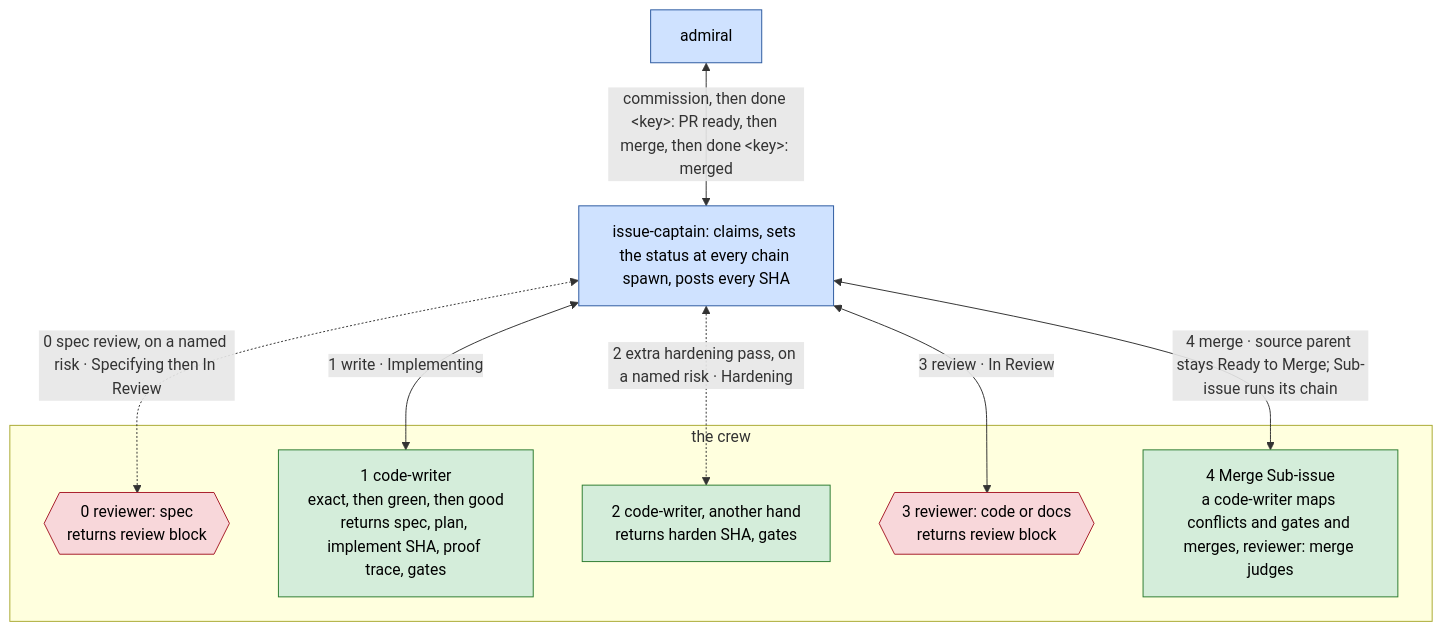
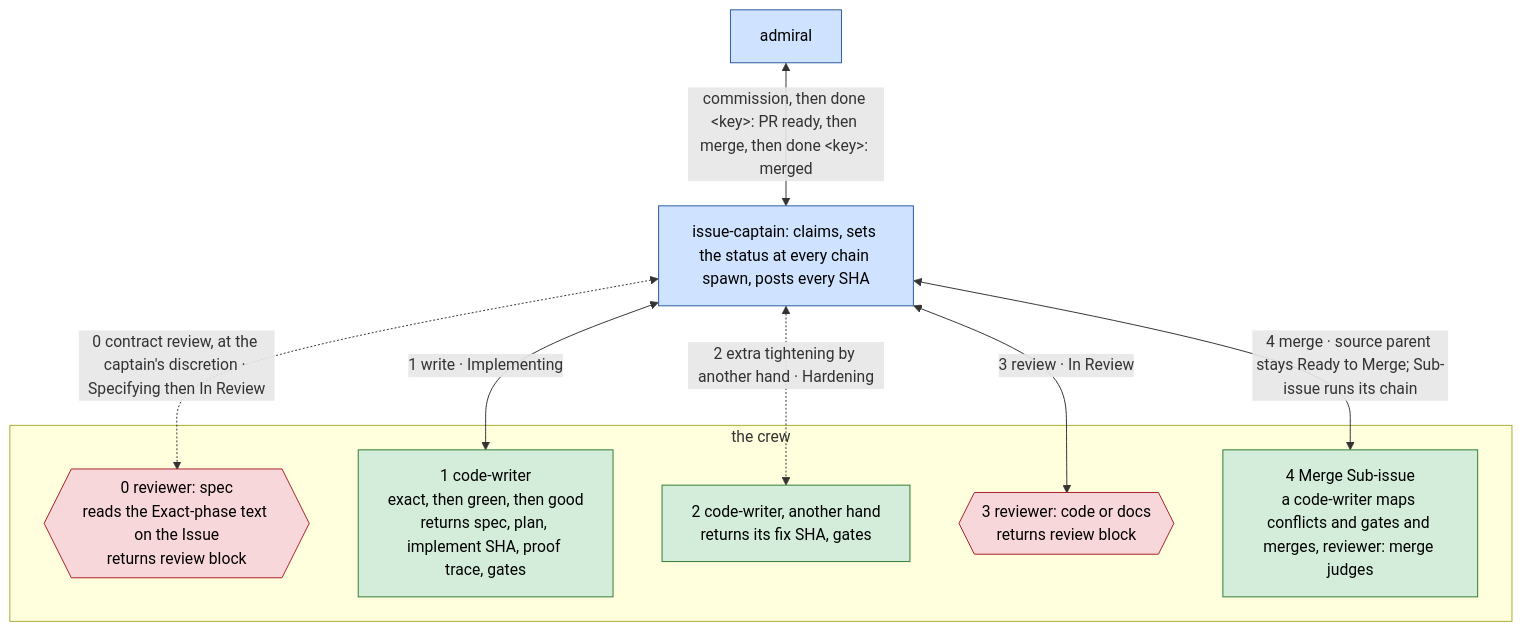
Before and after one commit to bodnarbalazs/dydo: the second of 12 diagrams in dydo/understand/control-flow.md, drawn with Mermaid. The commit also changed other lines of this file and 13 other files, not shown here.

````diff
--- a/dydo/understand/control-flow.md
+++ b/dydo/understand/control-flow.md
@@ -136,20 +136,20 @@
 ```mermaid
 flowchart TD
   classDef hat fill:#cfe2ff,stroke:#2c5aa0,color:#000
   classDef worker fill:#d4edda,stroke:#2e7d32,color:#000
   classDef reviewer fill:#f8d7da,stroke:#a71d2a,color:#000
 
   AD[admiral]:::hat <-->|"commission, then done &lt;key&gt;: PR ready, then merge, then done &lt;key&gt;: merged"| IC[issue-captain: claims, sets the status at every chain spawn, posts every SHA]:::hat
-  IC <-.->|"0 spec review, on a named risk · Specifying then In Review"| RS
+  IC <-.->|"0 contract review, at the captain's discretion · Specifying then In Review"| RS
   IC <-->|"1 write · Implementing"| CW
-  IC <-.->|"2 extra hardening pass, on a named risk · Hardening"| HD
+  IC <-.->|"2 extra tightening by another hand · Hardening"| HD
   IC <-->|"3 review · In Review"| RC
   IC <-->|"4 merge · source parent stays Ready to Merge; Sub-issue runs its chain"| MG
   subgraph CREW [the crew]
-    RS{{0 reviewer: spec<br>returns review block}}:::reviewer
+    RS{{0 reviewer: spec<br>reads the Exact-phase text on the Issue<br>returns review block}}:::reviewer
     CW[1 code-writer<br>exact, then green, then good<br>returns spec, plan, implement SHA, proof trace, gates]:::worker
-    HD[2 code-writer, another hand<br>returns harden SHA, gates]:::worker
+    HD[2 code-writer, another hand<br>returns its fix SHA, gates]:::worker
     RC{{3 reviewer: code or docs<br>returns review block}}:::reviewer
     MG[4 Merge Sub-issue<br>a code-writer maps conflicts and gates and merges, reviewer: merge judges]:::worker
   end
 ```
````
